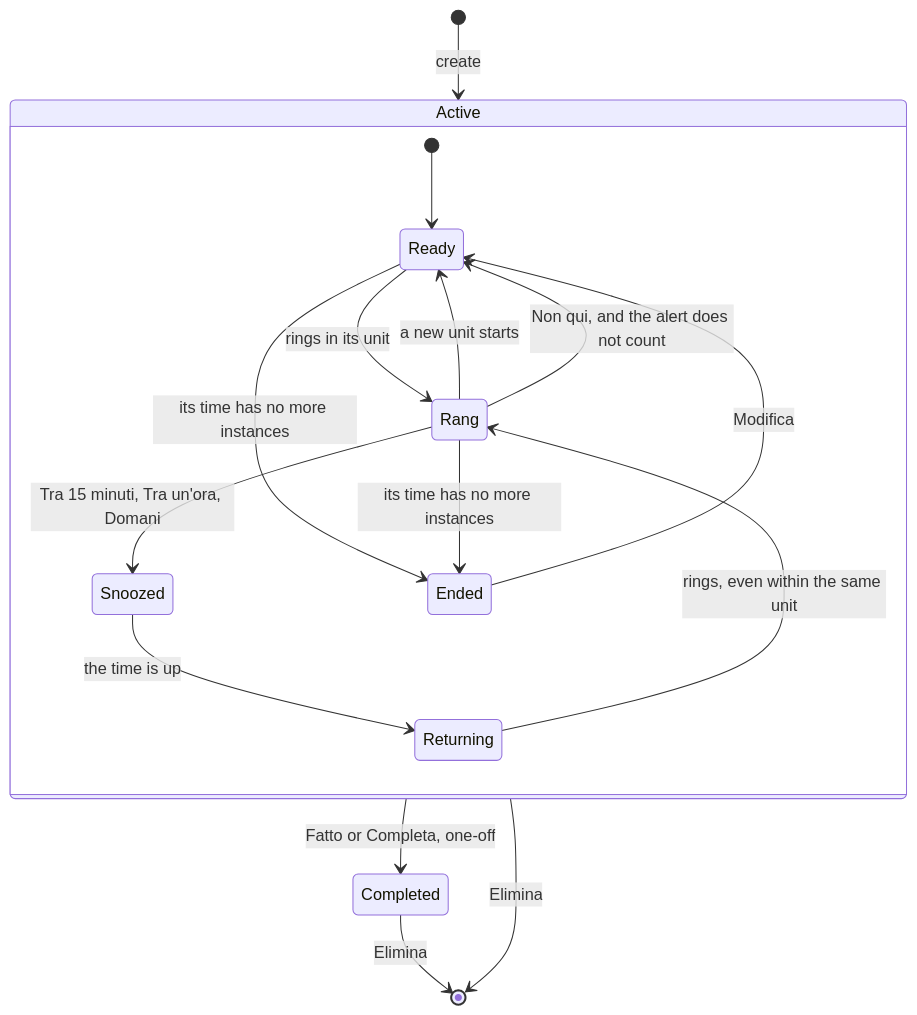
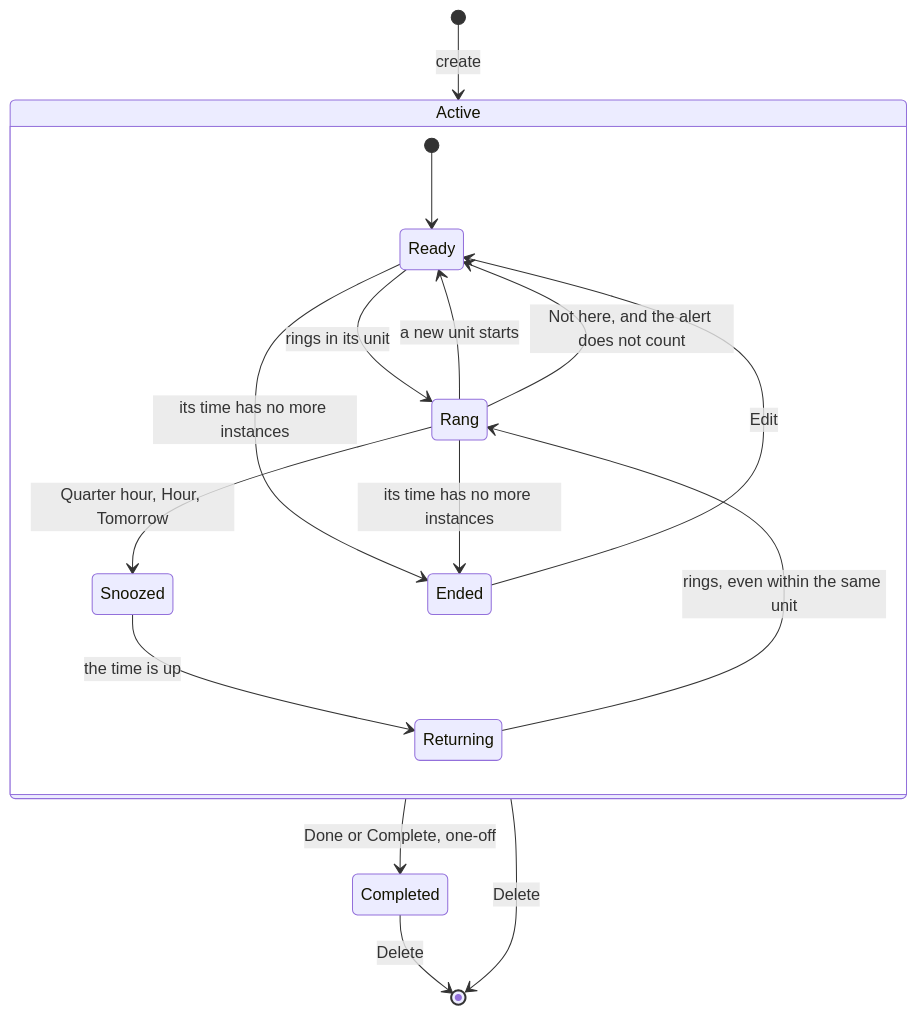
The first of 2 diagrams in docs/design/lifecycles.md (devfrx/jiffin), drawn with Mermaid before and after one commit. The commit also changed other lines of this file and 70 other files, not shown here.

````diff
--- a/docs/design/lifecycles.md
+++ b/docs/design/lifecycles.md
@@ -11,19 +11,19 @@
 ```mermaid
 stateDiagram-v2
     [*] --> Active : create
     state Active {
         [*] --> Ready
         Ready --> Rang : rings in its unit
         Rang --> Ready : a new unit starts
-        Rang --> Ready : Non qui, and the alert does not count
-        Rang --> Snoozed : Tra 15 minuti, Tra un'ora, Domani
+        Rang --> Ready : Not here, and the alert does not count
+        Rang --> Snoozed : Quarter hour, Hour, Tomorrow
         Snoozed --> Returning : the time is up
         Returning --> Rang : rings, even within the same unit
         Ready --> Ended : its time has no more instances
         Rang --> Ended : its time has no more instances
-        Ended --> Ready : Modifica
+        Ended --> Ready : Edit
     }
-    Active --> Completed : Fatto or Completa, one-off
-    Active --> [*] : Elimina
-    Completed --> [*] : Elimina
+    Active --> Completed : Done or Complete, one-off
+    Active --> [*] : Delete
+    Completed --> [*] : Delete
 ```
````
